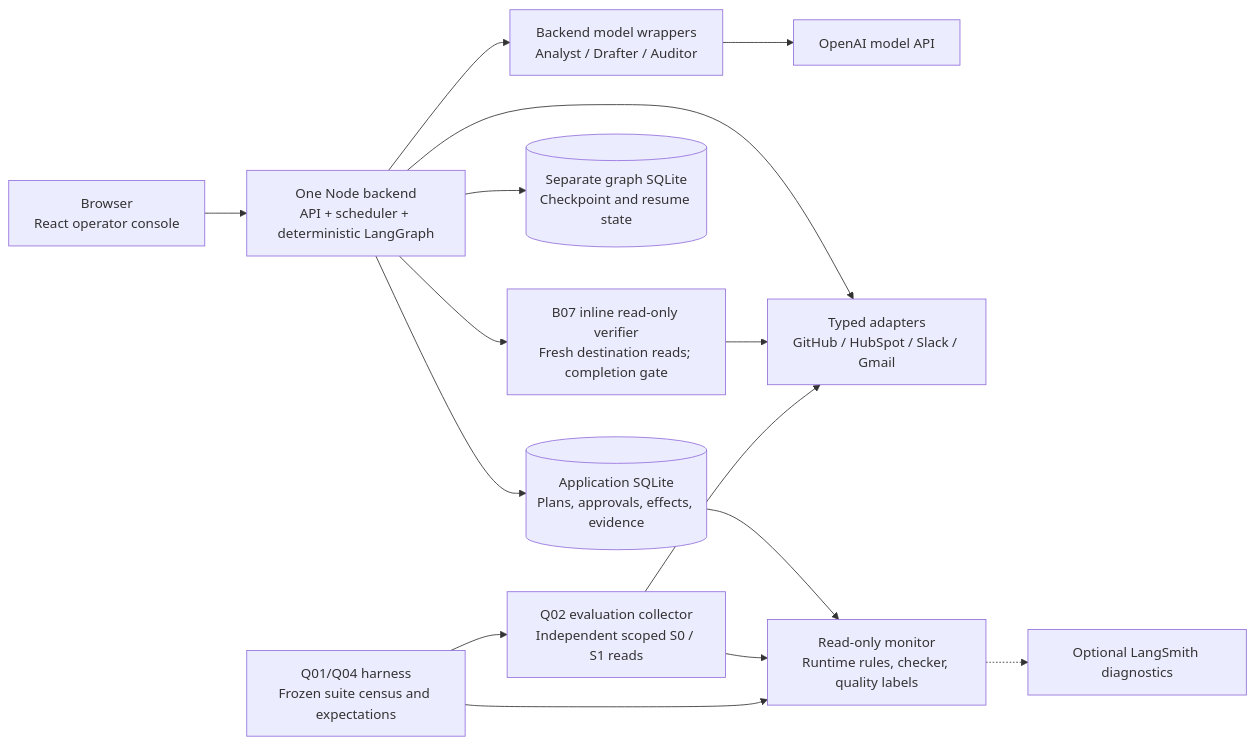
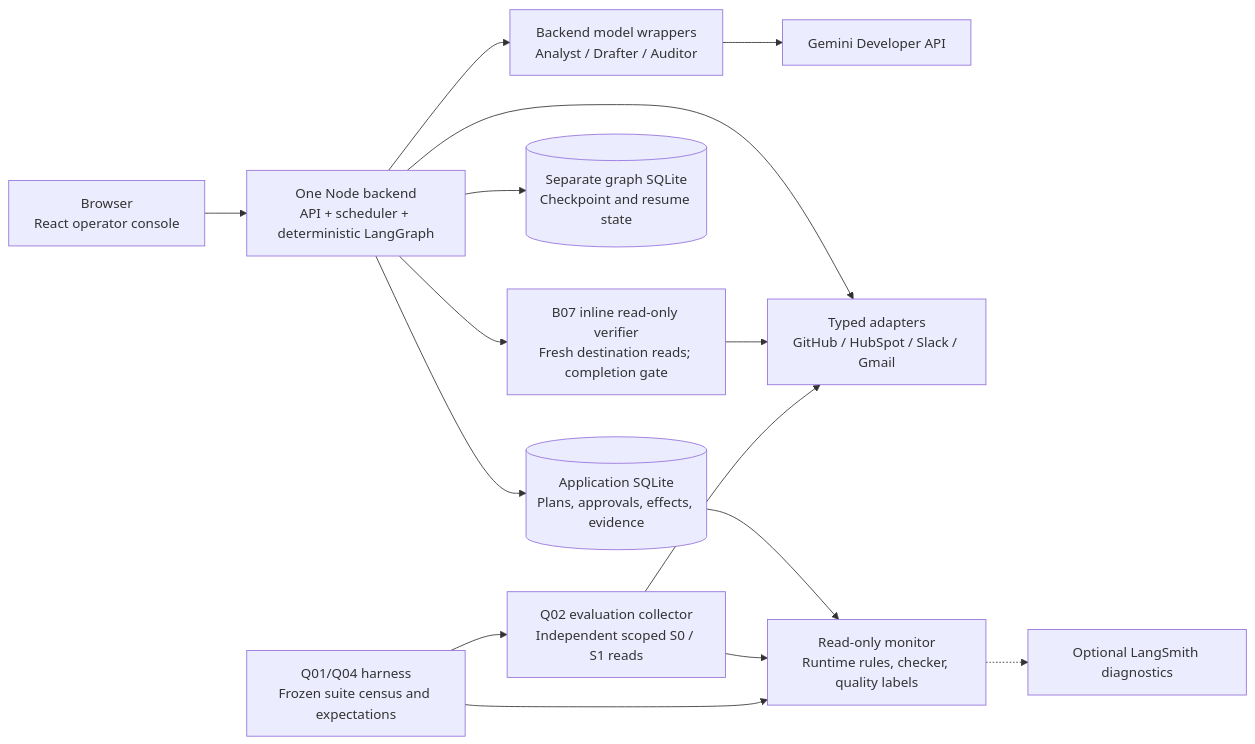
Before and after one commit to janmenjayap/multi-app_ai-agent_hackathon: the second of 3 diagrams in ideation/implementation-plan/02-agent-workflow.md, drawn with Mermaid. The commit also changed other lines of this file and 35 other files, not shown here.

Commit message:
feat(agents): migrate model runtime to Gemini

````diff
--- a/ideation/implementation-plan/02-agent-workflow.md
+++ b/ideation/implementation-plan/02-agent-workflow.md
@@ -84,17 +84,17 @@
 ```mermaid
 flowchart LR
     Browser["Browser<br/>React operator console"] --> API["One Node backend<br/>API + scheduler + deterministic LangGraph"]
     API --> Agents["Backend model wrappers<br/>Analyst / Drafter / Auditor"]
-    Agents --> Model["OpenAI model API"]
+    Agents --> Model["Gemini Developer API"]
     API --> Store[("Application SQLite<br/>Plans, approvals, effects, evidence")]
     API --> Checkpoints[("Separate graph SQLite<br/>Checkpoint and resume state")]
     API --> Adapters["Typed adapters<br/>GitHub / HubSpot / Slack / Gmail"]
     API --> Verify["B07 inline read-only verifier<br/>Fresh destination reads; completion gate"]
     Verify --> Adapters
     Store --> Monitor["Read-only monitor<br/>Runtime rules, checker, quality labels"]
     Harness["Q01/Q04 harness<br/>Frozen suite census and expectations"] --> Collector["Q02 evaluation collector<br/>Independent scoped S0 / S1 reads"]
     Collector --> Adapters
     Collector --> Monitor
     Harness --> Monitor
     Monitor -.-> Traces["Optional LangSmith diagnostics"]
 ```
````
